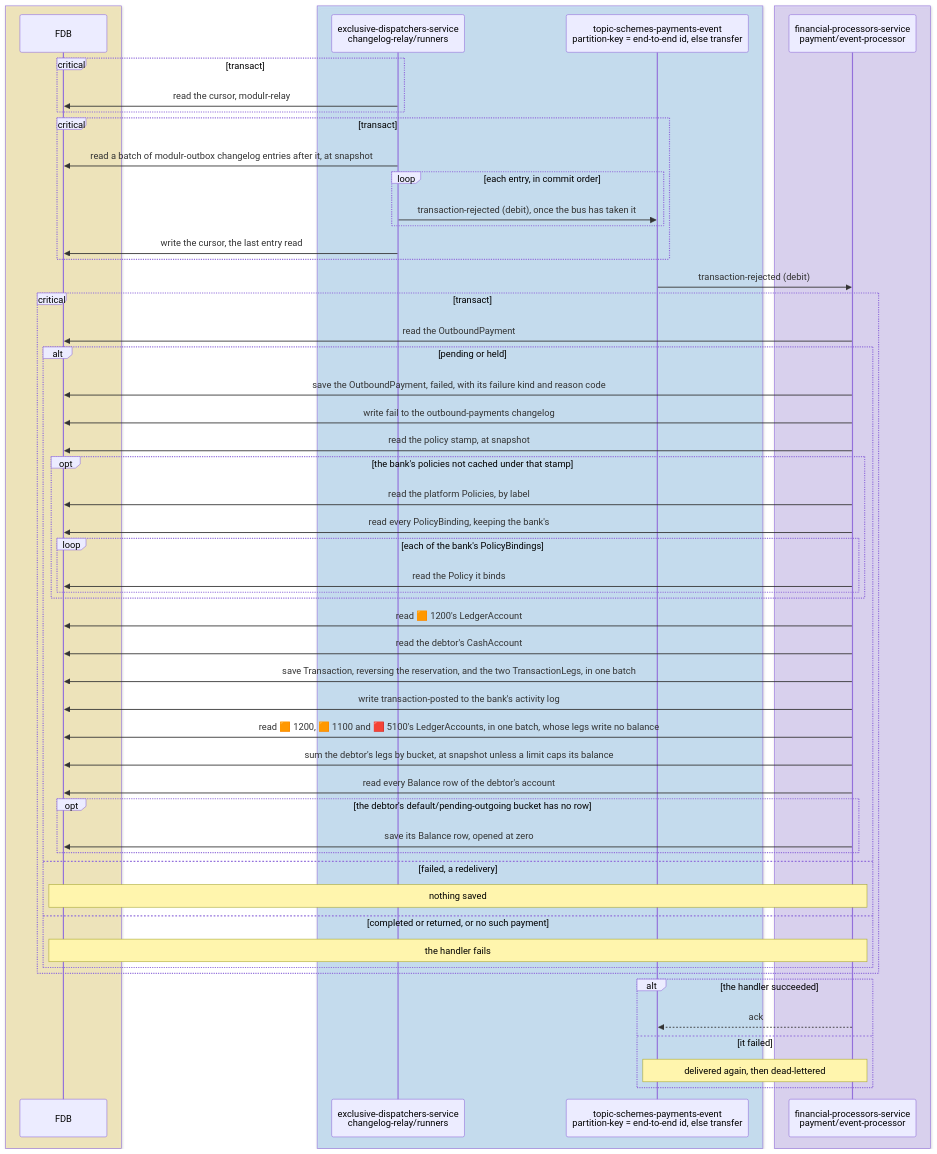
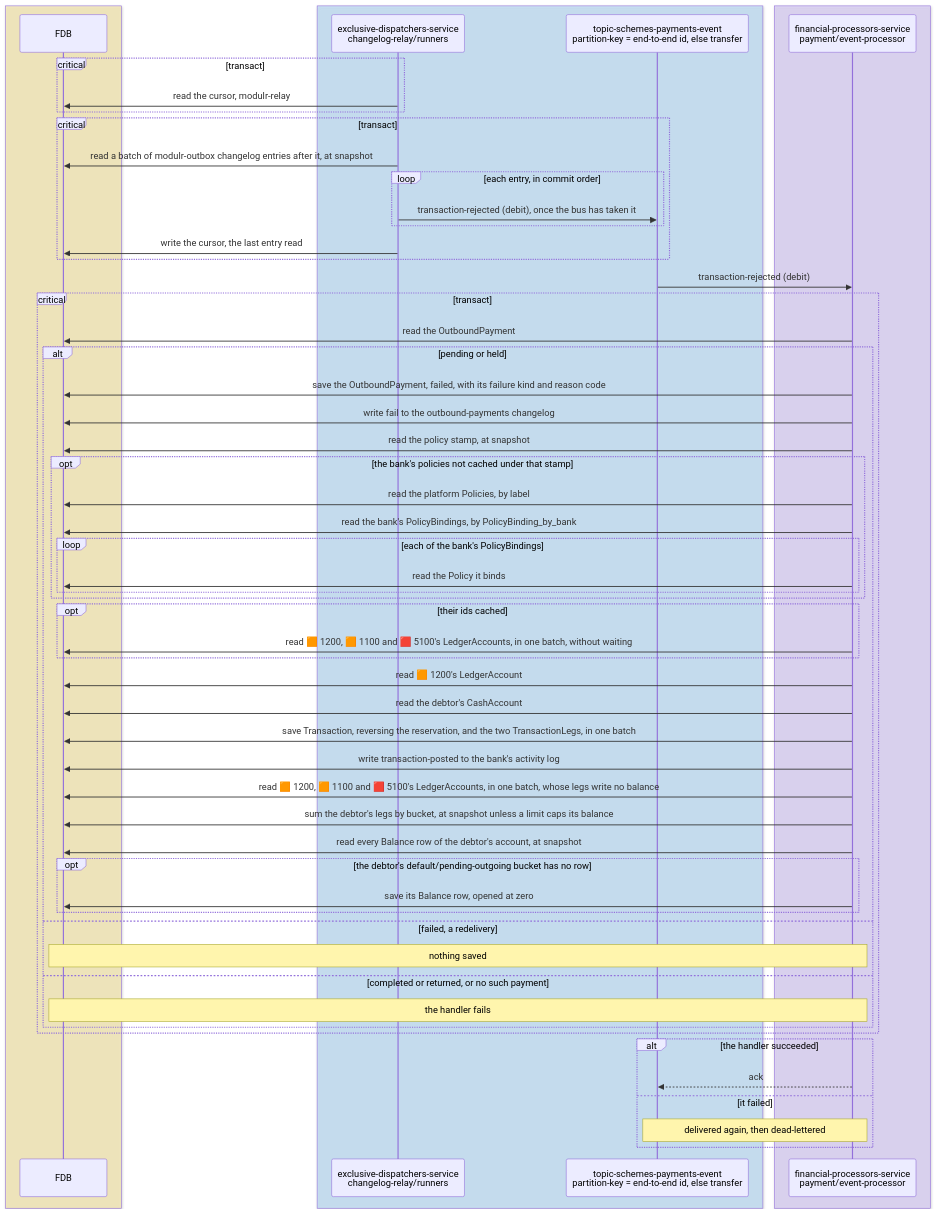
Before and after one commit to repldriven/queenswood: diagram 11 of 15 in docs/tdd/payments-outbound.md, drawn with Mermaid. The commit also changed other lines of this file and 2 other files, not shown here.

Commit message:
Draw the payment flows' snapshot row reads, pre-loads, cached bank read, binding index and reconcile outcomes

````diff
--- a/docs/tdd/payments-outbound.md
+++ b/docs/tdd/payments-outbound.md
@@ -663,58 +673,61 @@
 ```mermaid
 sequenceDiagram
     box rgba(255, 236, 153, 0.5)
     participant DB as FDB
     end
     box rgba(165, 216, 255, 0.45)
     participant OR as exclusive-dispatchers-service<br/>changelog-relay/runners
     participant SE as topic-schemes-payments-event<br/>partition-key = end-to-end id, else transfer
     end
     box rgba(208, 191, 255, 0.45)
     participant PE as financial-processors-service<br/>payment/event-processor
     end
     critical transact
     OR->>DB: read the cursor, modulr-relay
     end
     critical transact
     OR->>DB: read a batch of modulr-outbox changelog entries after it, at snapshot
     loop each entry, in commit order
     OR->>SE: transaction-rejected (debit), once the bus has taken it
     end
     OR->>DB: write the cursor, the last entry read
     end
     SE->>PE: transaction-rejected (debit)
     critical transact
     PE->>DB: read the OutboundPayment
     alt pending or held
     PE->>DB: save the OutboundPayment, failed, with its failure kind and reason code
     PE->>DB: write fail to the outbound-payments changelog
     PE->>DB: read the policy stamp, at snapshot
     opt the bank's policies not cached under that stamp
     PE->>DB: read the platform Policies, by label
-    PE->>DB: read every PolicyBinding, keeping the bank's
+    PE->>DB: read the bank's PolicyBindings, by PolicyBinding_by_bank
     loop each of the bank's PolicyBindings
     PE->>DB: read the Policy it binds
     end
+    end
+    opt their ids cached
+    PE->>DB: read 🟧 1200, 🟧 1100 and 🟥 5100's LedgerAccounts, in one batch, without waiting
     end
     PE->>DB: read 🟧 1200's LedgerAccount
     PE->>DB: read the debtor's CashAccount
     PE->>DB: save Transaction, reversing the reservation, and the two TransactionLegs, in one batch
     PE->>DB: write transaction-posted to the bank's activity log
     PE->>DB: read 🟧 1200, 🟧 1100 and 🟥 5100's LedgerAccounts, in one batch, whose legs write no balance
     PE->>DB: sum the debtor's legs by bucket, at snapshot unless a limit caps its balance
-    PE->>DB: read every Balance row of the debtor's account
+    PE->>DB: read every Balance row of the debtor's account, at snapshot
     opt the debtor's default/pending-outgoing bucket has no row
     PE->>DB: save its Balance row, opened at zero
     end
     else failed, a redelivery
     Note over PE,DB: nothing saved
     else completed or returned, or no such payment
     Note over PE,DB: the handler fails
     end
     end
     alt the handler succeeded
     PE-->>SE: ack
     else it failed
     Note over PE,SE: delivered again, then dead-lettered
     end
 ```
````
